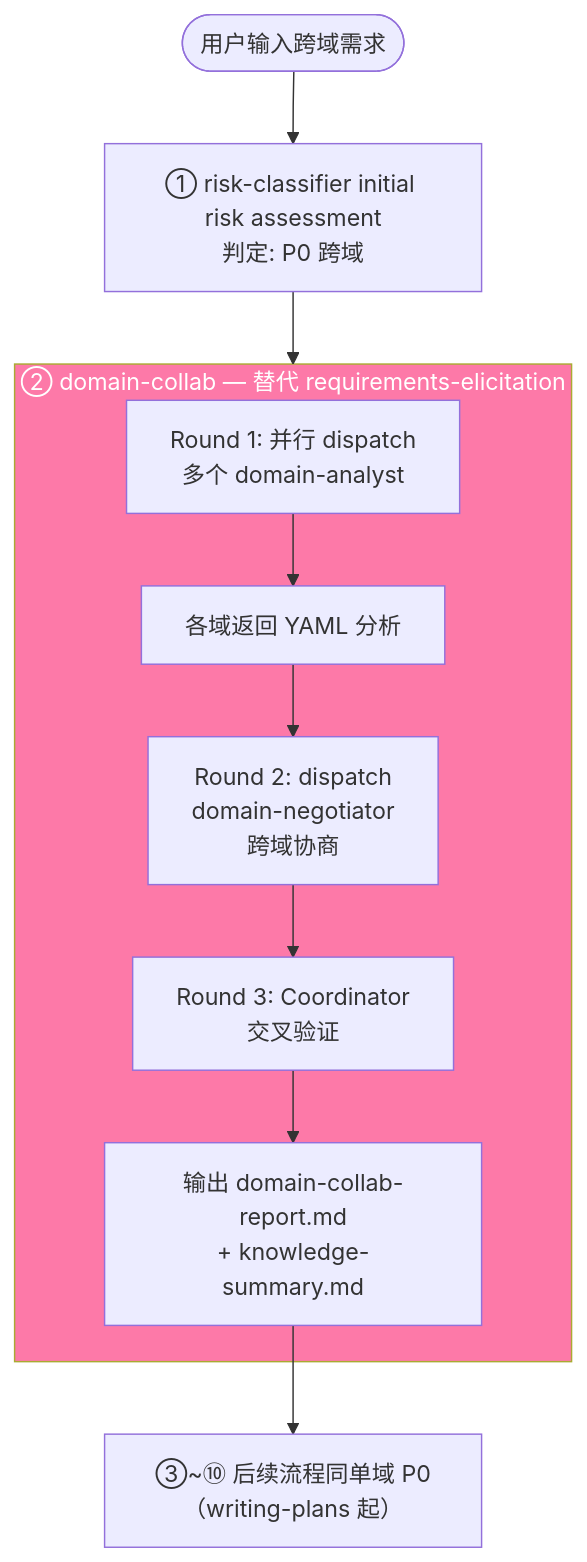
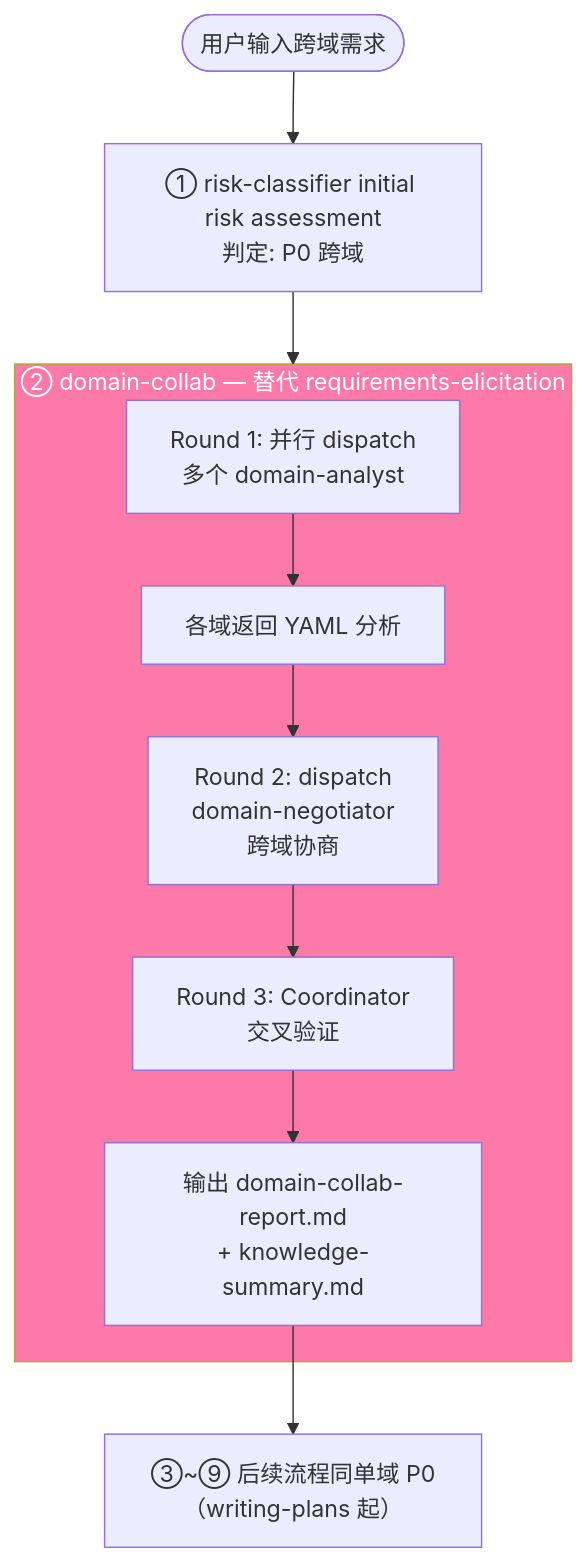
The third of 9 diagrams in docs/workflow-execution-flow.md (Aimeerrhythm/enterprise-change-workflow), drawn with Mermaid before and after one commit. The commit also changed other lines of this file and 8 other files, not shown here.

````diff
--- a/docs/workflow-execution-flow.md
+++ b/docs/workflow-execution-flow.md
@@ -184,16 +176,16 @@
 ```mermaid
 flowchart TD
     START([用户输入跨域需求]) --> PHASE1[① risk-classifier initial risk assessment<br/>判定: P0 跨域]
     PHASE1 --> DC
 
     subgraph DC [② domain-collab — 替代 requirements-elicitation]
         DC1[Round 1: 并行 dispatch<br/>多个 domain-analyst] --> DC2[各域返回 YAML 分析]
         DC2 --> DC3[Round 2: dispatch<br/>domain-negotiator<br/>跨域协商]
         DC3 --> DC4[Round 3: Coordinator<br/>交叉验证]
         DC4 --> DC5[输出 domain-collab-report.md<br/>+ knowledge-summary.md]
     end
 
-    DC5 --> NEXT[③~⑩ 后续流程同单域 P0（writing-plans 起）]
+    DC5 --> NEXT[③~⑨ 后续流程同单域 P0（writing-plans 起）]
 
     style DC fill:#fd79a8,color:#fff
 ```
````
